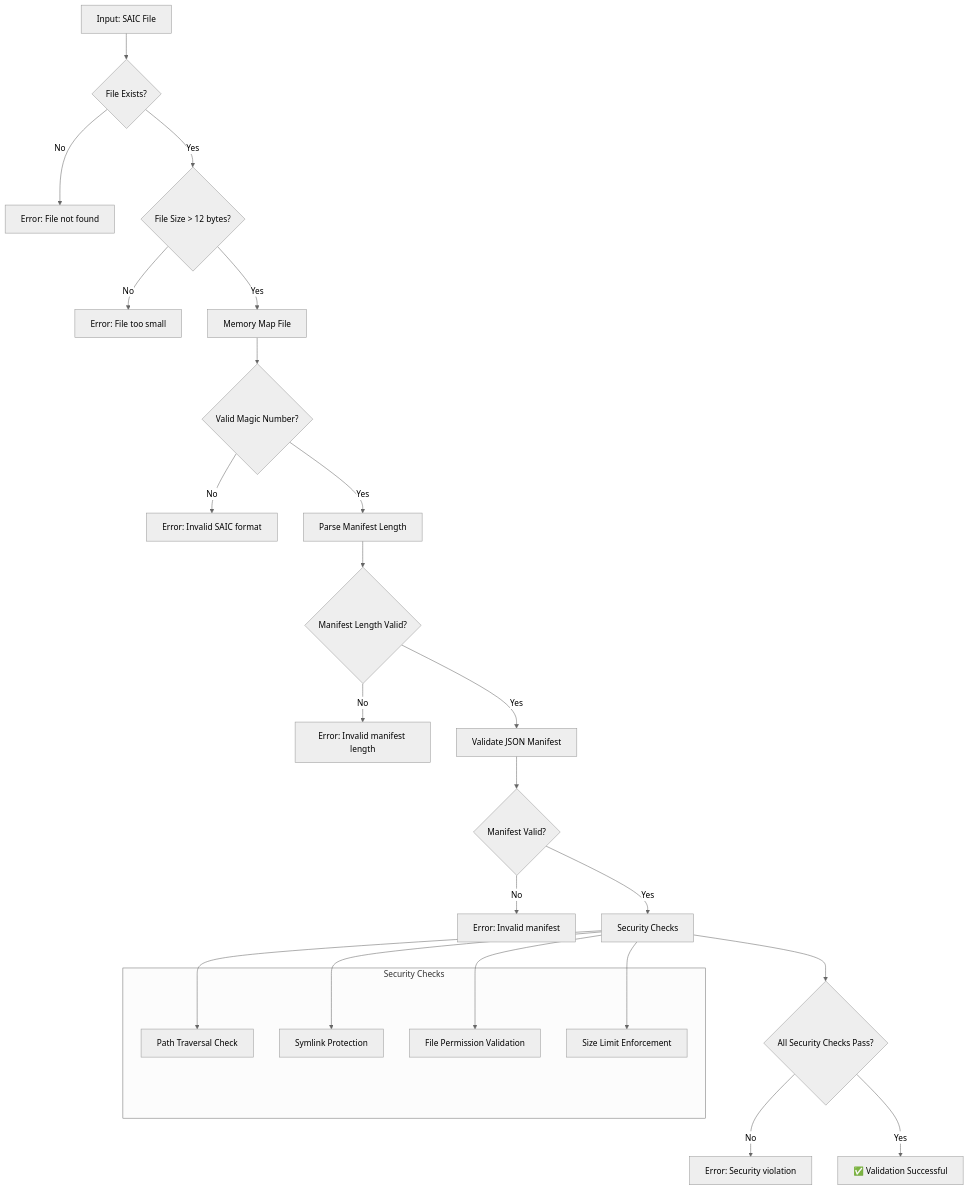
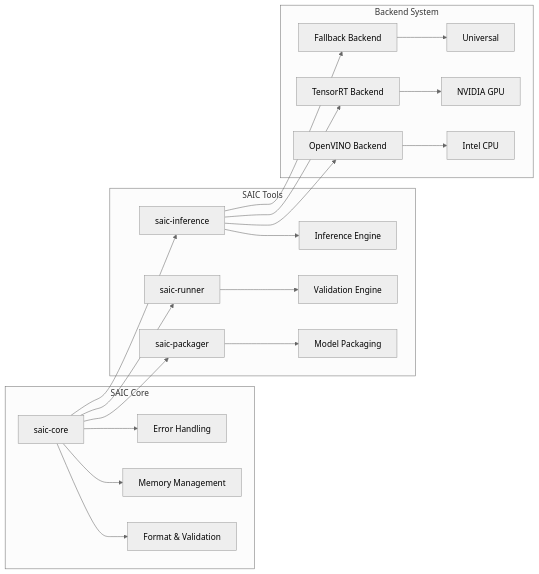
The second of 3 diagrams in README.md (Shark1n4Suit/Cnox), drawn with Mermaid (neutral theme) before and after one commit. The commit also changed other lines of this file, not shown here.

````diff
--- a/README.md
+++ b/README.md
@@ -127,32 +86,27 @@
 ```mermaid
-flowchart TD
-    A[Input: SAIC File] --> B{File Exists?}
-    B -->|No| C[Error: File not found]
-    B -->|Yes| D{File Size > 12 bytes?}
-    D -->|No| E[Error: File too small]
-    D -->|Yes| F[Memory Map File]
-    F --> G{Valid Magic Number?}
-    G -->|No| H[Error: Invalid SAIC format]
-    G -->|Yes| I[Parse Manifest Length]
-    I --> J{Manifest Length Valid?}
-    J -->|No| K[Error: Invalid manifest length]
-    J -->|Yes| L[Validate JSON Manifest]
-    L --> M{Manifest Valid?}
-    M -->|No| N[Error: Invalid manifest]
-    M -->|Yes| O[Security Checks]
-    O --> P{All Security Checks Pass?}
-    P -->|No| Q[Error: Security violation]
-    P -->|Yes| R[✅ Validation Successful]
-    
-    subgraph "Security Checks"
-        S[Path Traversal Check]
-        T[Symlink Protection]
-        U[File Permission Validation]
-        V[Size Limit Enforcement]
+graph LR
+    subgraph "SAIC Core"
+        A[saic-core] --> B[Format & Validation]
+        A --> C[Memory Management]
+        A --> D[Error Handling]
     end
     
-    O --> S
-    O --> T
-    O --> U
-    O --> V
+    subgraph "SAIC Tools"
+        E[saic-packager] --> F[Model Packaging]
+        G[saic-runner] --> H[Validation Engine]
+        I[saic-inference] --> J[Inference Engine]
+    end
+    
+    subgraph "Backend System"
+        K[OpenVINO Backend] --> L[Intel CPU]
+        M[TensorRT Backend] --> N[NVIDIA GPU]
+        O[Fallback Backend] --> P[Universal]
+    end
+    
+    A --> E
+    A --> G
+    A --> I
+    I --> K
+    I --> M
+    I --> O
 ```
````
